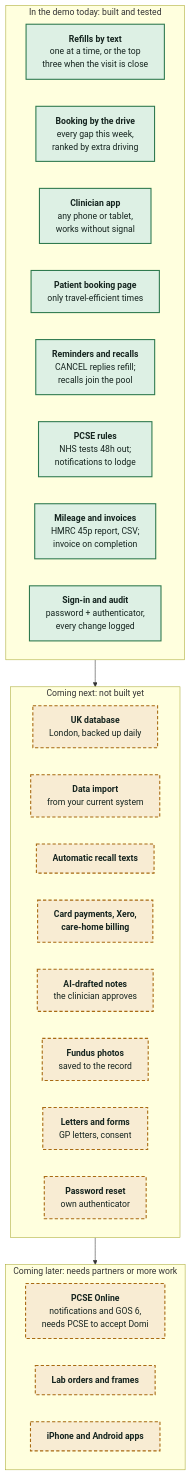
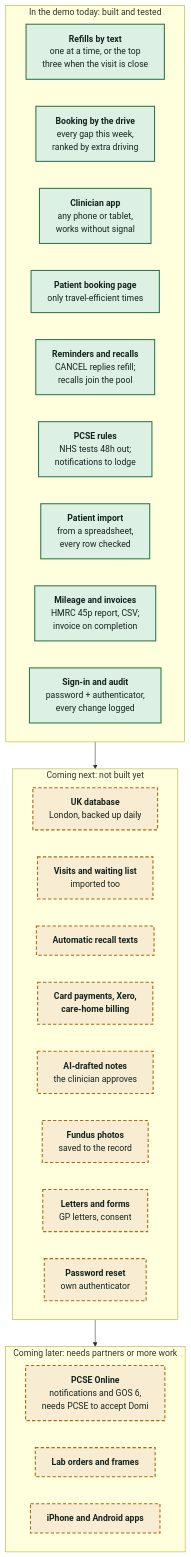
Before and after one commit to yameenbux/audiologydomi: the diagram in assets/diagrams/02-built-and-coming.mmd, drawn with Mermaid. The commit also changed 10 other files, not shown here.

First line of the commit message:
Import patients from a spreadsheet (#25)

```diff
--- a/assets/diagrams/02-built-and-coming.mmd
+++ b/assets/diagrams/02-built-and-coming.mmd
@@ -1,37 +1,38 @@
 flowchart TB
     subgraph NOW["In the demo today: built and tested"]
         direction LR
         A1["<b>Refills by text</b><br/>one at a time, or the top<br/>three when the visit is close"]
         A2["<b>Booking by the drive</b><br/>every gap this week,<br/>ranked by extra driving"]
         A3["<b>Clinician app</b><br/>any phone or tablet,<br/>works without signal"]
         A4["<b>Patient booking page</b><br/>only travel-efficient times"]
         A5["<b>Reminders and recalls</b><br/>CANCEL replies refill;<br/>recalls join the pool"]
         A8["<b>PCSE rules</b><br/>NHS tests 48h out;<br/>notifications to lodge"]
+        A9["<b>Patient import</b><br/>from a spreadsheet,<br/>every row checked"]
         A6["<b>Mileage and invoices</b><br/>HMRC 45p report, CSV;<br/>invoice on completion"]
         A7["<b>Sign-in and audit</b><br/>password + authenticator,<br/>every change logged"]
     end
     subgraph NEXT["Coming next: not built yet"]
         direction LR
         B1["<b>UK database</b><br/>London, backed up daily"]
-        B2["<b>Data import</b><br/>from your current system"]
+        B2["<b>Visits and waiting list</b><br/>imported too"]
         B3["<b>Automatic recall texts</b>"]
         B4["<b>Card payments, Xero,</b><br/><b>care-home billing</b>"]
         B5["<b>AI-drafted notes</b><br/>the clinician approves"]
         B8["<b>Fundus photos</b><br/>saved to the record"]
         B6["<b>Letters and forms</b><br/>GP letters, consent"]
         B7["<b>Password reset</b><br/>own authenticator"]
     end
     subgraph LATER["Coming later: needs partners or more work"]
         direction LR
         L1["<b>PCSE Online</b><br/>notifications and GOS 6,<br/>needs PCSE to accept Domi"]
         L2["<b>Lab orders and frames</b>"]
         L3["<b>iPhone and Android apps</b>"]
     end
     NOW --> NEXT --> LATER
 
     classDef core fill:#1E4D40,stroke:#E07B4F,stroke-width:3px,color:#FFFFFF
     classDef live fill:#DDF0E4,stroke:#2F7A4F,stroke-width:2px,color:#15241F
     classDef dev fill:#F8ECD3,stroke:#A86A12,stroke-width:2px,stroke-dasharray:6 4,color:#15241F
     classDef ext fill:#EBEFEA,stroke:#8A968F,stroke-width:1.5px,color:#15241F
-    class A1,A2,A3,A4,A5,A6,A7,A8 live
+    class A1,A2,A3,A4,A5,A6,A7,A8,A9 live
     class B1,B2,B3,B4,B5,B6,B7,B8,L1,L2,L3 dev
```
